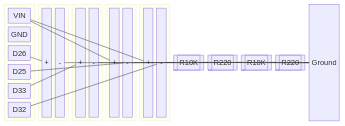
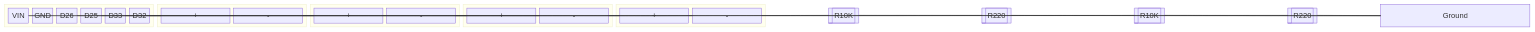
The first of 2 diagrams in TwoButtonInput/README.md (ddwheele/esp32-home-projects), drawn with Mermaid before and after one commit.

Commit message:
iterating

````diff
--- a/TwoButtonInput/README.md
+++ b/TwoButtonInput/README.md
@@ -8,54 +8,61 @@
 ```mermaid
 ---
 title: Block Circuit Diagram
 ---
 block-beta
 block:ESP32
-	columns 1
 	VIN
 	GND
 	D26
 	D25
 	D33
 	D32
 end
 
 block:LED1
+	columns 2
+	LED1:2
 	L1plus["+"] L1minus["-"]
 end
 
 block:LED2
+columns 2
+	LED2:2
 	L2plus["+"] L2minus["-"]
 end
 
 block:Button1
+columns 2
+	Button1:2
 	B1plus["+"] B1minus["-"]
 end
 
 block:Button2
+columns 2
+	Button2:2
 	B2plus["+"] B2minus["-"]
 end
 
 R1_10K[["R10K"]]
 R1_220[["R220"]]
 R2_10K[["R10K"]]
 R2_220[["R220"]]
 
 
 VIN --- B1plus
 B1minus --- R1_10K 
 R1_10K --- Ground
 B1minus --- D25
 D26 --- L1plus
 L1minus --- R1_220
 R1_220 --- Ground
 
 VIN --- B2plus
 B2minus --- R2_10K
 R2_10K --- Ground
 B2minus --- D32
 D33 --- L2plus
 L2minus --- R2_220
 R2_220 --- Ground
 
 ```
````
